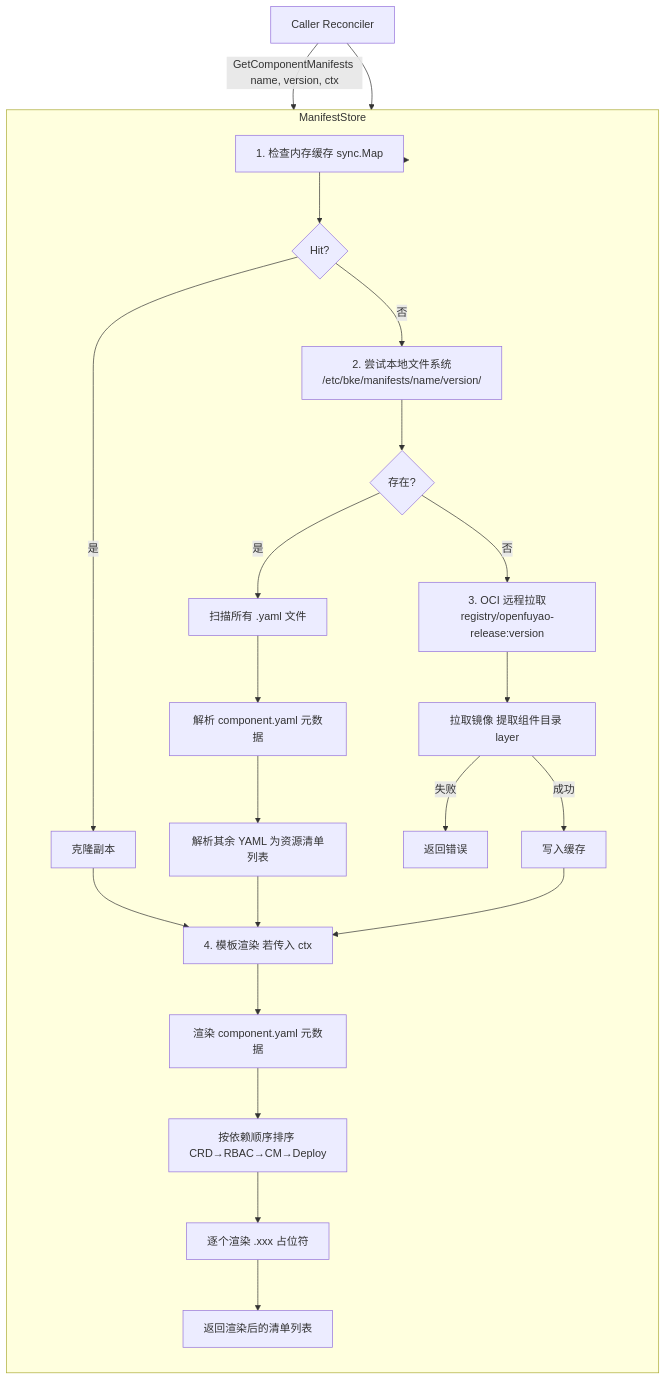
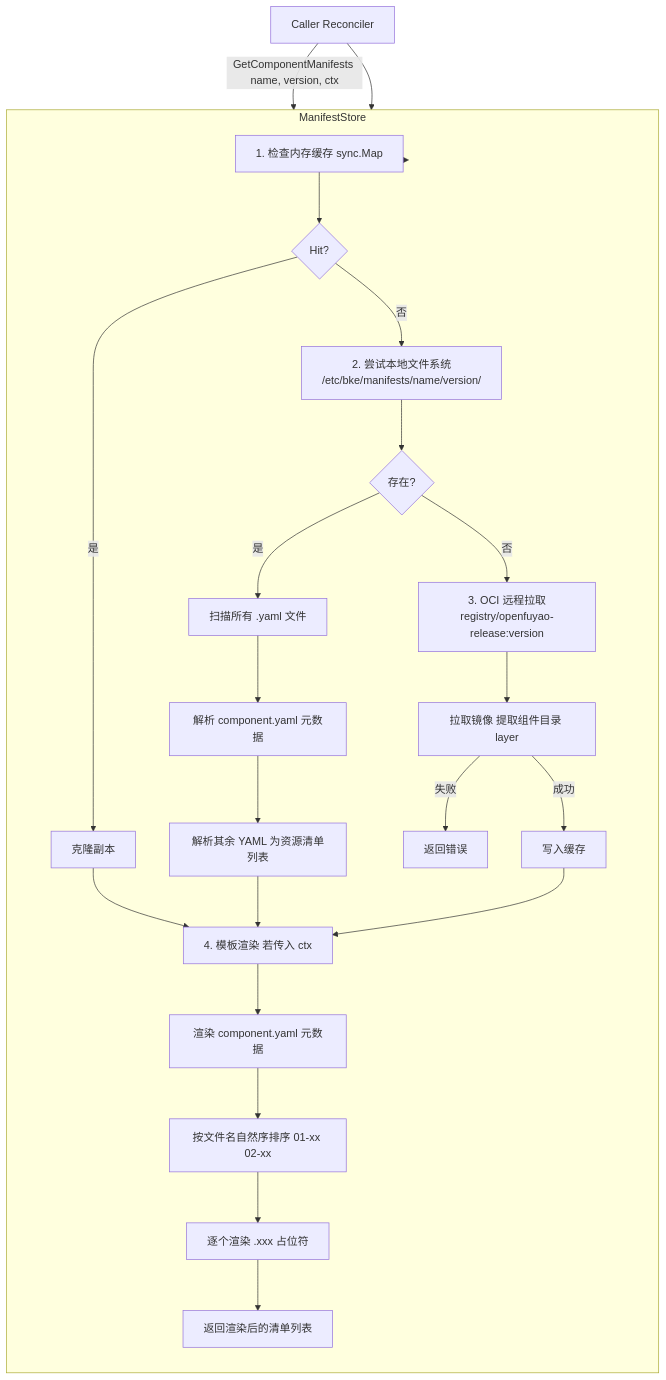
The third of 13 diagrams in code/kep/kep5/kep5-2.md (javadoors/cluster-api-provider-bke), drawn with Mermaid before and after one commit. The commit also changed other lines of this file and 2 other files, not shown here.

````diff
--- a/code/kep/kep5/kep5-2.md
+++ b/code/kep/kep5/kep5-2.md
@@ -601,38 +620,38 @@
 ```mermaid
 flowchart TD
     Caller["Caller Reconciler"] -->|"GetComponentManifests name, version, ctx"| MS["ManifestStore"]
     
     subgraph MS["ManifestStore"]
         direction TB
         Step1["1. 检查内存缓存 sync.Map"]
         Hit{"Hit?"}
         Clone["克隆副本"]
         
         Step2["2. 尝试本地文件系统<br/>/etc/bke/manifests/name/version/"]
         Exists{"存在?"}
         ScanFiles["扫描所有 .yaml 文件"]
         ParseMeta["解析 component.yaml 元数据"]
         ParseManifests["解析其余 YAML 为资源清单列表"]
         
         Step3["3. OCI 远程拉取<br/>registry/openfuyao-release:version"]
         PullOCI["拉取镜像 提取组件目录 layer"]
         CacheOCI["写入缓存"]
         Fail["返回错误"]
         
         Step4["4. 模板渲染 若传入 ctx"]
         RenderMeta["渲染 component.yaml 元数据"]
-        SortManifests["按依赖顺序排序 CRD→RBAC→CM→Deploy"]
+        SortManifests["按文件名自然序排序 01-xx 02-xx"]
         RenderFiles["逐个渲染 .xxx 占位符"]
         Return["返回渲染后的清单列表"]
     end
     
     Caller --> MS
     MS --> Step1 --> Hit
     Hit -->|是| Clone --> Step4
     Hit -->|否| Step2 --> Exists
     Exists -->|是| ScanFiles --> ParseMeta --> ParseManifests --> Step4
     Exists -->|否| Step3 --> PullOCI
     PullOCI -->|失败| Fail
     PullOCI -->|成功| CacheOCI --> Step4
     Step4 --> RenderMeta --> SortManifests --> RenderFiles --> Return
 ```
````
